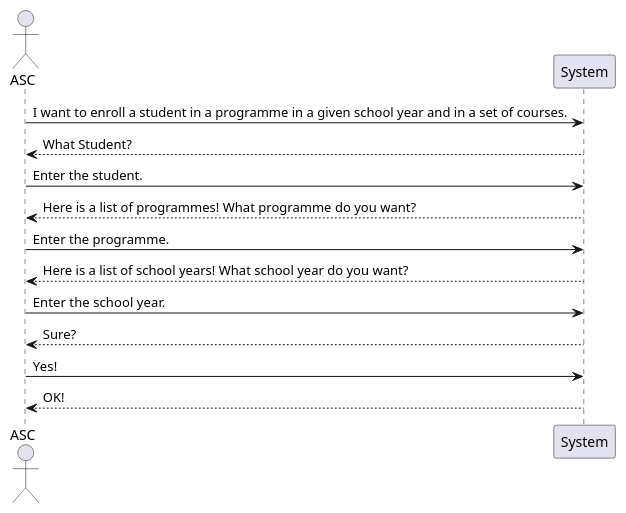
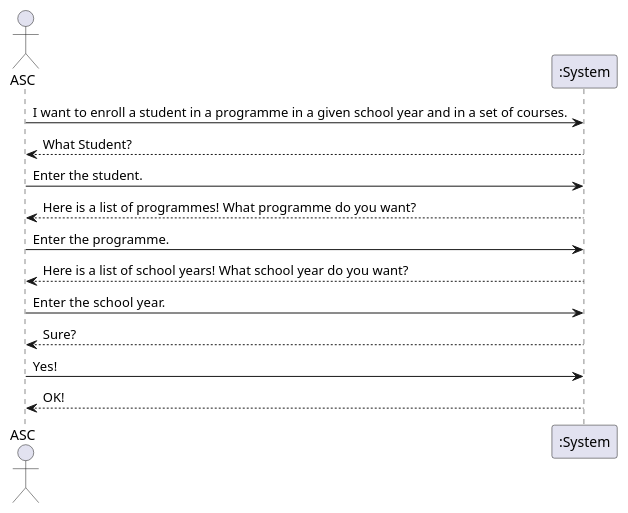
One commit to GasparISEP/DevOps-PAI changed the diagram in docs/US17/US17EnrollAStudentInAProgrammeInAGivenSchoolYearAndInASetOfCourses_SSD.puml. Above: the diagram before and after it, drawn with PlantUML. The commit also changed 1 other file, not shown here.

Commit message:
US17ControllerTest - remove useless test US17SSD - improve diagram

```diff
--- a/docs/US17/US17EnrollAStudentInAProgrammeInAGivenSchoolYearAndInASetOfCourses_SSD.puml
+++ b/docs/US17/US17EnrollAStudentInAProgrammeInAGivenSchoolYearAndInASetOfCourses_SSD.puml
@@ -1,17 +1,18 @@
 @startuml
 'https://plantuml.com/sequence-diagram
 
 actor ASC
+participant ":System" as System
 
 ASC -> System: I want to enroll a student in a programme in a given school year and in a set of courses.
 System --> ASC: What Student?
 ASC -> System: Enter the student.
 System --> ASC: Here is a list of programmes! What programme do you want?
 ASC -> System: Enter the programme.
 System --> ASC: Here is a list of school years! What school year do you want?
 ASC -> System: Enter the school year.
 System --> ASC: Sure?
 ASC -> System: Yes!
 System --> ASC: OK!
 
 @enduml
```
